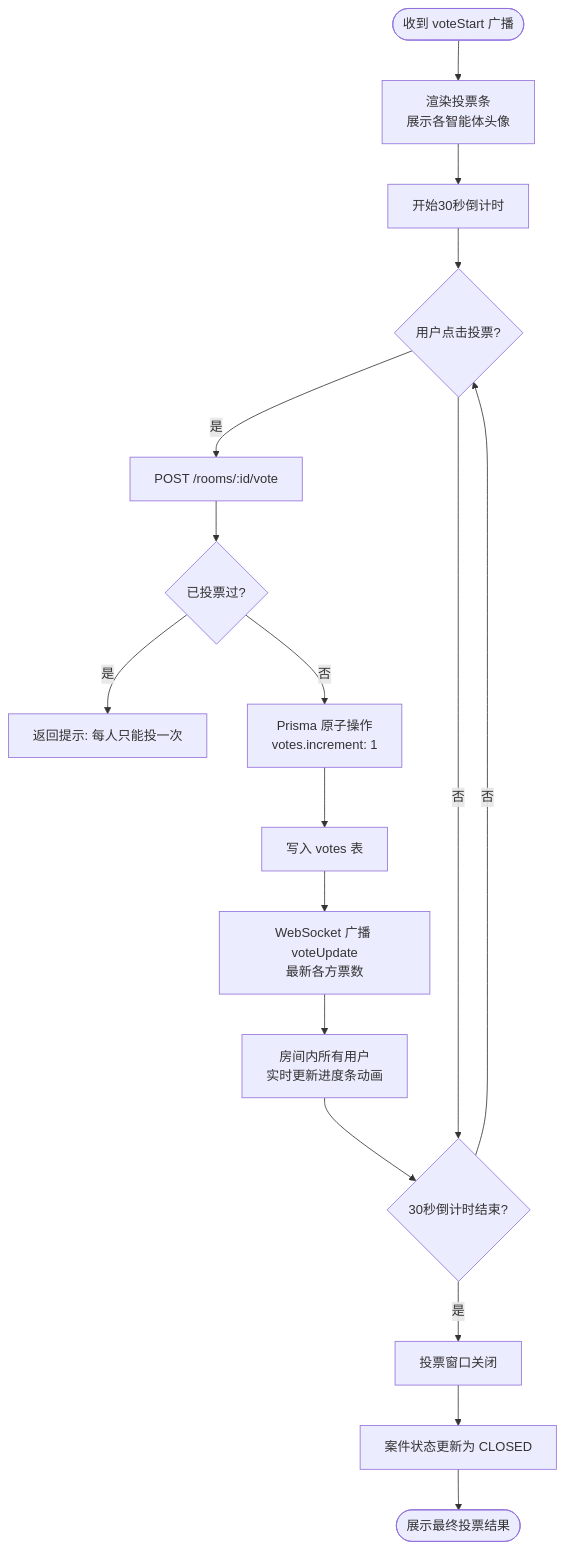
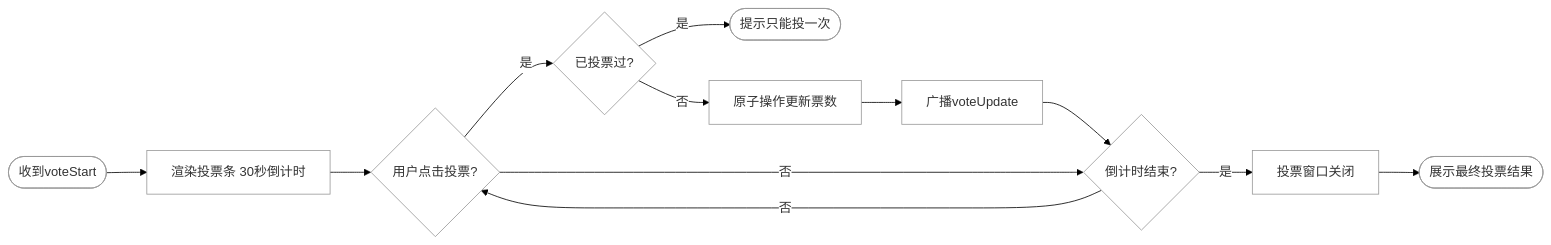
One commit to huangkaihao666/graduate-design changed the ninth of 19 diagrams in docs/毕设图表.md. Above: the diagram before and after it, drawn with Mermaid. The commit also changed other lines of this file, not shown here.

Commit message:
docs: 添加毕设图表40%

````diff
--- a/docs/毕设图表.md
+++ b/docs/毕设图表.md
@@ -403,19 +383,15 @@
 ```mermaid
-flowchart TD
-    A([收到 voteStart 广播]) --> B[渲染投票条<br/>展示各智能体头像]
-    B --> C[开始30秒倒计时]
-    C --> D{用户点击投票?}
-    D -- 是 --> E[POST /rooms/:id/vote]
-    E --> F{已投票过?}
-    F -- 是 --> G[返回提示: 每人只能投一次]
-    F -- 否 --> H[Prisma 原子操作<br/>votes.increment: 1]
-    H --> I[写入 votes 表]
-    I --> J[WebSocket 广播 voteUpdate<br/>最新各方票数]
-    J --> K[房间内所有用户<br/>实时更新进度条动画]
-    D -- 否 --> L{30秒倒计时结束?}
-    K --> L
-    L -- 否 --> D
-    L -- 是 --> M[投票窗口关闭]
-    M --> N[案件状态更新为 CLOSED]
-    N --> O([展示最终投票结果])
+%%{init:{'theme':'base','themeVariables':{'background':'#ffffff','mainBkg':'#ffffff','clusterBkg':'#ffffff','nodeBorder':'#999999','edgeLabelBackground':'#ffffff'}}}%%
+flowchart LR
+    A([收到voteStart]) --> B[渲染投票条 30秒倒计时]
+    B --> C{用户点击投票?}
+    C -- 是 --> D{已投票过?}
+    D -- 是 --> E([提示只能投一次])
+    D -- 否 --> F[原子操作更新票数]
+    F --> G[广播voteUpdate]
+    G --> H{倒计时结束?}
+    C -- 否 --> H
+    H -- 否 --> C
+    H -- 是 --> I[投票窗口关闭]
+    I --> J([展示最终投票结果])
 ```
````
